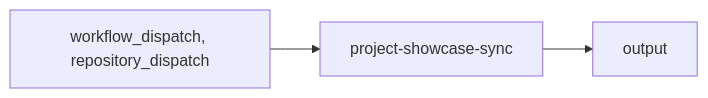
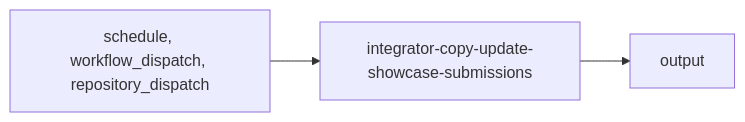
One commit to livepeer/docs changed the diagram in .github/workspace/actions-library/integrators/copy/integrator-copy-update-showcase-submissions.mdx. Above: the diagram before and after it, drawn with Mermaid. The commit also changed other lines of this file and 2753 other files, not shown here.

````diff
--- a/.github/workspace/actions-library/integrators/copy/integrator-copy-update-showcase-submissions.mdx
+++ b/.github/workspace/actions-library/integrators/copy/integrator-copy-update-showcase-submissions.mdx
@@ -43,5 +43,5 @@
 ```mermaid
 graph LR
-    TRIGGER["workflow_dispatch, repository_dispatch"] --> WF["project-showcase-sync"]
+    TRIGGER["schedule, workflow_dispatch, repository_dispatch"] --> WF["integrator-copy-update-showcase-submissions"]
     WF --> OUTPUT["output"]
 ```
````
